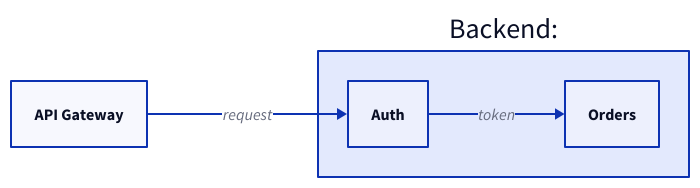
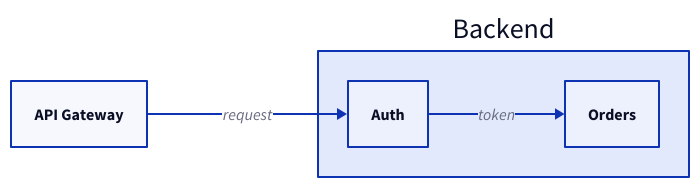
Before and after one commit to noamsto/agent-carousel: the second of 9 diagrams in adapters/claude-code/plugin/skills/diagrams/SKILL.md, drawn with D2. The commit also changed other lines of this file, not shown here.

Commit message:
fix(diagrams): correct example labels, sketch-via-hook framing, ELK claim

````diff
--- a/adapters/claude-code/plugin/skills/diagrams/SKILL.md
+++ b/adapters/claude-code/plugin/skills/diagrams/SKILL.md
@@ -103,10 +101,10 @@
 ```d2
 direction: right
 gateway: API Gateway
-backend: Backend: {
+backend: Backend {
   auth: Auth
   orders: Orders
   auth -> orders: token
 }
 gateway -> backend.auth: request
 ```
````
